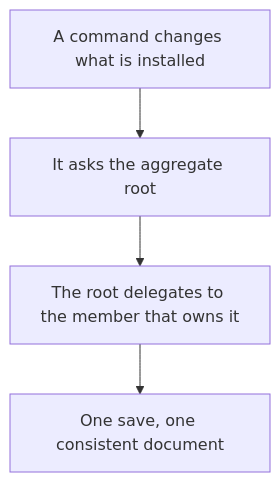
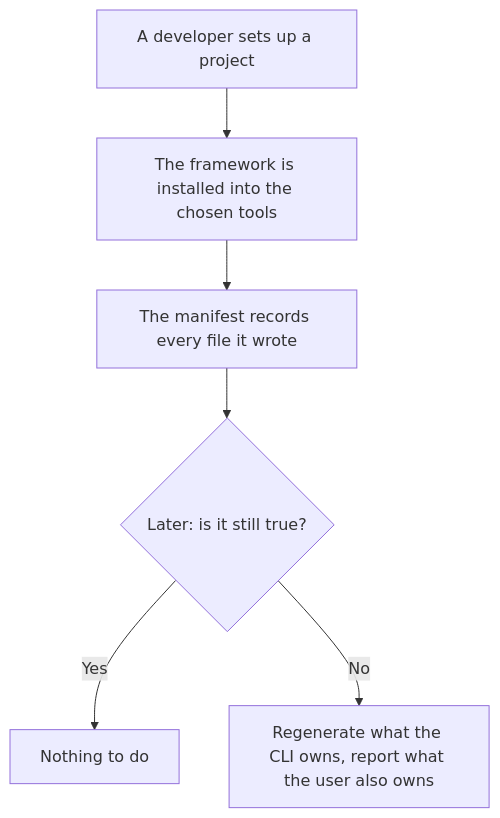
One commit to ai-driven-dev/aidd-framework changed the first of 2 diagrams in cli/aidd_docs/tasks/2026_08/2026_08_20_refactor-contextes-cli/phase-13.md. Above: the diagram before and after it, drawn with Mermaid. The commit also changed other lines of this file and 19 other files, not shown here.

````diff
--- a/cli/aidd_docs/tasks/2026_08/2026_08_20_refactor-contextes-cli/phase-13.md
+++ b/cli/aidd_docs/tasks/2026_08/2026_08_20_refactor-contextes-cli/phase-13.md
@@ -37,6 +39,8 @@
 ```mermaid
 flowchart TD
-  A[A command changes what is installed] --> B[It asks the aggregate root]
-  B --> C[The root delegates to the member that owns it]
-  C --> D[One save, one consistent document]
+  A[A developer sets up a project] --> B[The framework is installed into the chosen tools]
+  B --> C[The manifest records every file it wrote]
+  C --> D{Later: is it still true?}
+  D -->|Yes| E[Nothing to do]
+  D -->|No| F[Regenerate what the CLI owns, report what the user also owns]
 ```
````
